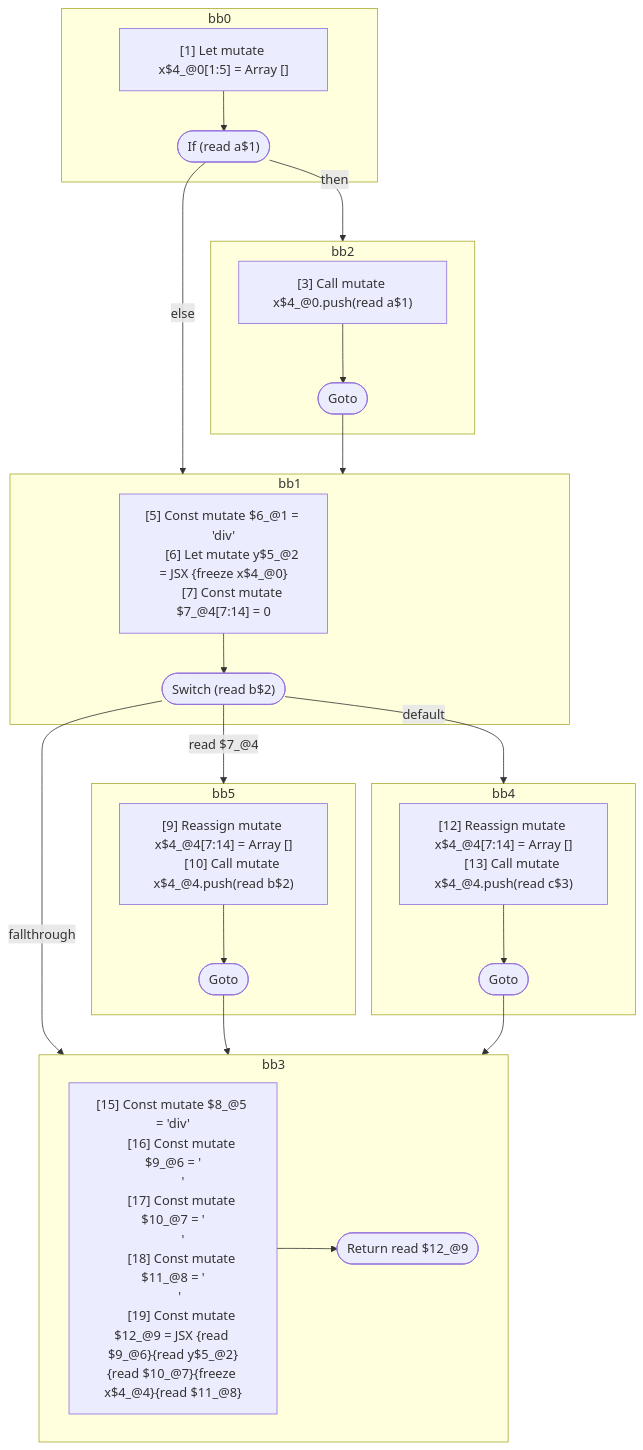
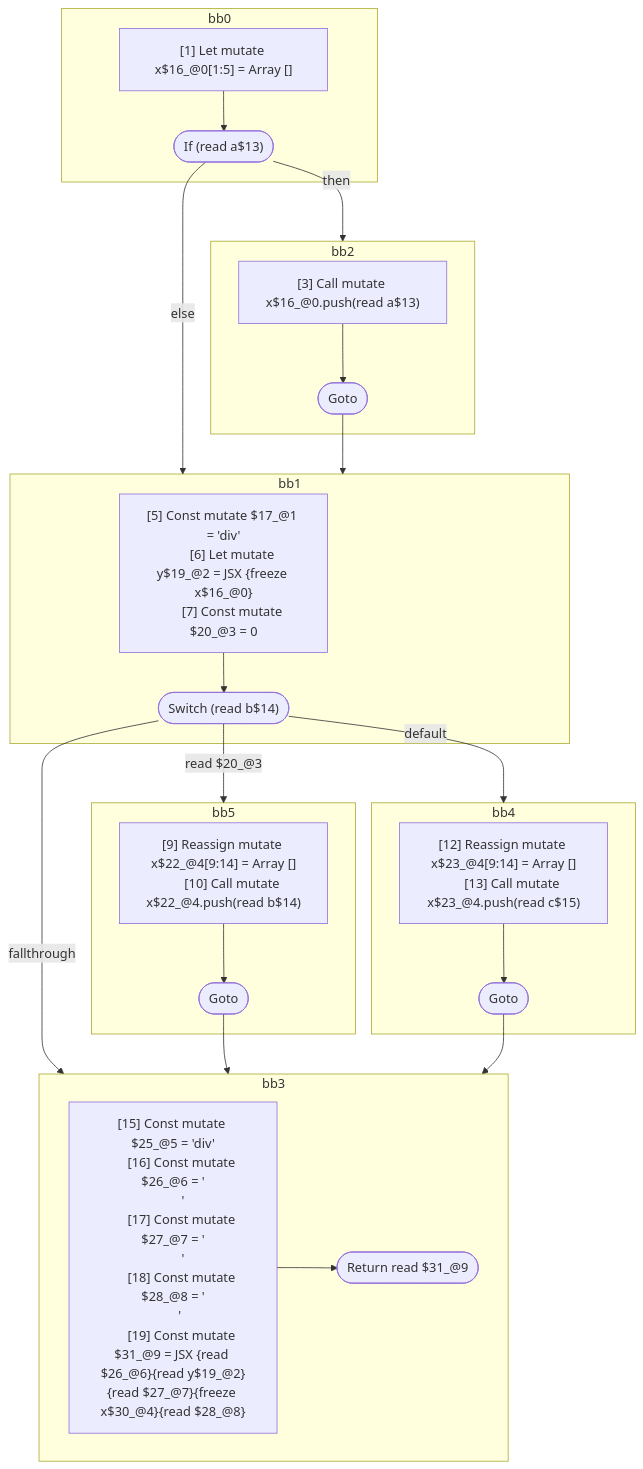
One commit to wutsmog/private changed the diagram in compiler/forget/src/__tests__/fixtures/hir/reassignment-separate-scopes.expect.md. Above: the diagram before and after it, drawn with Mermaid. The commit also changed other lines of this file and 9 other files, not shown here.

````diff
--- a/compiler/forget/src/__tests__/fixtures/hir/reassignment-separate-scopes.expect.md
+++ b/compiler/forget/src/__tests__/fixtures/hir/reassignment-separate-scopes.expect.md
@@ -73,59 +74,59 @@
 ```mermaid
 flowchart TB
   %% Basic Blocks
   subgraph bb0
     bb0_instrs["
-      [1] Let mutate x$4_@0[1:5] = Array []
+      [1] Let mutate x$16_@0[1:5] = Array []
     "]
-    bb0_instrs --> bb0_terminal(["If (read a$1)"])
+    bb0_instrs --> bb0_terminal(["If (read a$13)"])
   end
   subgraph bb2
     bb2_instrs["
-      [3] Call mutate x$4_@0.push(read a$1)
+      [3] Call mutate x$16_@0.push(read a$13)
     "]
     bb2_instrs --> bb2_terminal(["Goto"])
   end
   subgraph bb1
     bb1_instrs["
-      [5] Const mutate $6_@1 = 'div'
-      [6] Let mutate y$5_@2 = JSX <read $6_@1>{freeze x$4_@0}</read $6_@1>
-      [7] Const mutate $7_@4[7:14] = 0
+      [5] Const mutate $17_@1 = 'div'
+      [6] Let mutate y$19_@2 = JSX <read $17_@1>{freeze x$16_@0}</read $17_@1>
+      [7] Const mutate $20_@3 = 0
     "]
-    bb1_instrs --> bb1_terminal(["Switch (read b$2)"])
+    bb1_instrs --> bb1_terminal(["Switch (read b$14)"])
   end
   subgraph bb5
     bb5_instrs["
-      [9] Reassign mutate x$4_@4[7:14] = Array []
-      [10] Call mutate x$4_@4.push(read b$2)
+      [9] Reassign mutate x$22_@4[9:14] = Array []
+      [10] Call mutate x$22_@4.push(read b$14)
     "]
     bb5_instrs --> bb5_terminal(["Goto"])
   end
   subgraph bb4
     bb4_instrs["
-      [12] Reassign mutate x$4_@4[7:14] = Array []
-      [13] Call mutate x$4_@4.push(read c$3)
+      [12] Reassign mutate x$23_@4[9:14] = Array []
+      [13] Call mutate x$23_@4.push(read c$15)
     "]
     bb4_instrs --> bb4_terminal(["Goto"])
   end
   subgraph bb3
     bb3_instrs["
-      [15] Const mutate $8_@5 = 'div'
-      [16] Const mutate $9_@6 = '\n      '
-      [17] Const mutate $10_@7 = '\n      '
-      [18] Const mutate $11_@8 = '\n    '
-      [19] Const mutate $12_@9 = JSX <read $8_@5>{read $9_@6}{read y$5_@2}{read $10_@7}{freeze x$4_@4}{read $11_@8}</read $8_@5>
+      [15] Const mutate $25_@5 = 'div'
+      [16] Const mutate $26_@6 = '\n      '
+      [17] Const mutate $27_@7 = '\n      '
+      [18] Const mutate $28_@8 = '\n    '
+      [19] Const mutate $31_@9 = JSX <read $25_@5>{read $26_@6}{read y$19_@2}{read $27_@7}{freeze x$30_@4}{read $28_@8}</read $25_@5>
     "]
-    bb3_instrs --> bb3_terminal(["Return read $12_@9"])
+    bb3_instrs --> bb3_terminal(["Return read $31_@9"])
   end
 
   %% Jumps
   bb0_terminal -- "then" --> bb2
   bb0_terminal -- "else" --> bb1
   bb2_terminal --> bb1
-  bb1_terminal -- "read $7_@4" --> bb5
+  bb1_terminal -- "read $20_@3" --> bb5
   bb1_terminal -- "default" --> bb4
   bb1_terminal -- "fallthrough" --> bb3
   bb5_terminal --> bb3
   bb4_terminal --> bb3
 
 ```
````
